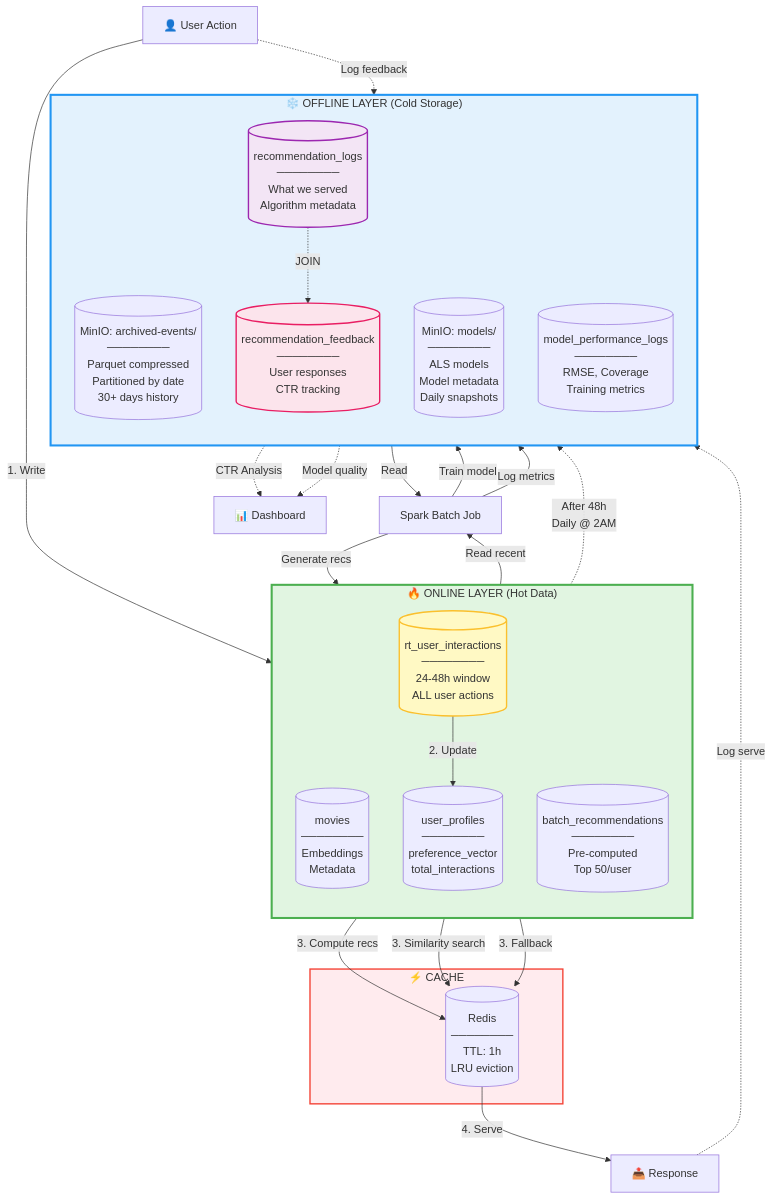
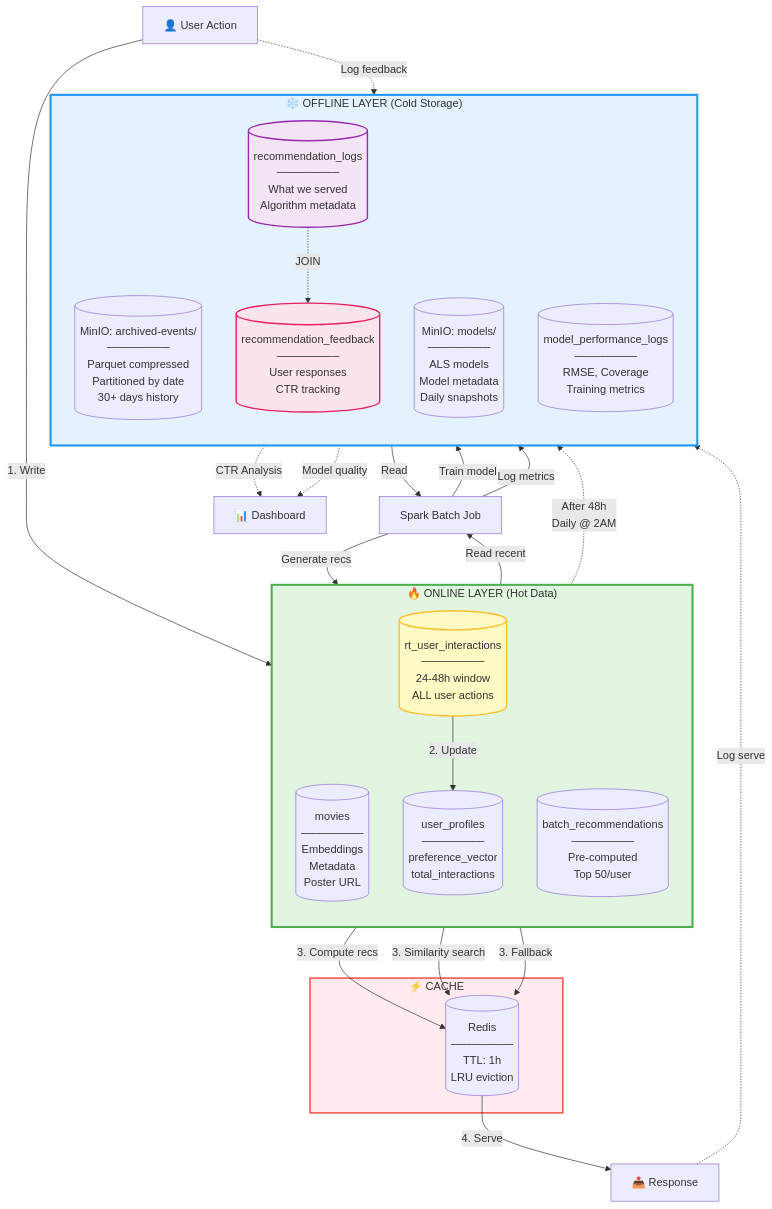
Before and after one commit to ngotrieulong/Realtime-Recommendation-system: the diagram in mermaid/6_table_interactions.md, drawn with Mermaid. The commit also changed 4 other files, not shown here.

Commit message:
docs: update all mermaid diagrams with new architecture

````diff
--- a/mermaid/6_table_interactions.md
+++ b/mermaid/6_table_interactions.md
@@ -1,72 +1,72 @@
 ```mermaid
 graph TB
     %% =============================================
     %% DETAILED TABLE INTERACTIONS
     %% =============================================
     
     subgraph OnlineHot["🔥 ONLINE LAYER (Hot Data)"]
         direction TB
         
-        Movies[(movies<br/>────────<br/>Embeddings<br/>Metadata)]
+        Movies[(movies<br/>────────<br/>Embeddings<br/>Metadata<br/>Poster URL)]
         
         UserProfiles[(user_profiles<br/>────────<br/>preference_vector<br/>total_interactions)]
         
         RTInteractions[(rt_user_interactions<br/>────────<br/>24-48h window<br/>ALL user actions)]
         
         BatchRecs[(batch_recommendations<br/>────────<br/>Pre-computed<br/>Top 50/user)]
     end
     
     subgraph OnlineCache["⚡ CACHE"]
         Redis[(Redis<br/>────────<br/>TTL: 1h<br/>LRU eviction)]
     end
     
     subgraph OfflineCold["❄️ OFFLINE LAYER (Cold Storage)"]
         direction TB
         
         MinIOEvents[(MinIO: archived-events/<br/>────────<br/>Parquet compressed<br/>Partitioned by date<br/>30+ days history)]
         
         MinIOModels[(MinIO: models/<br/>────────<br/>ALS models<br/>Model metadata<br/>Daily snapshots)]
         
         RecLogs[(recommendation_logs<br/>────────<br/>What we served<br/>Algorithm metadata)]
         
         RecFeedback[(recommendation_feedback<br/>────────<br/>User responses<br/>CTR tracking)]
         
         ModelPerf[(model_performance_logs<br/>────────<br/>RMSE, Coverage<br/>Training metrics)]
     end
     
     %% Online Operations
     UserAction[👤 User Action] -->|1. Write| RTInteractions
     RTInteractions -->|2. Update| UserProfiles
     UserProfiles -->|3. Compute recs| Redis
     Movies -->|3. Similarity search| Redis
     BatchRecs -->|3. Fallback| Redis
     Redis -->|4. Serve| UserResponse[📤 Response]
     
     %% Logging
     UserResponse -.->|Log serve| RecLogs
     UserAction -.->|Log feedback| RecFeedback
     
     %% Archival
     RTInteractions -.->|After 48h<br/>Daily @ 2AM| MinIOEvents
     
     %% Batch Processing
     MinIOEvents -->|Read| SparkBatch[Spark Batch Job]
     RTInteractions -->|Read recent| SparkBatch
     SparkBatch -->|Train model| MinIOModels
     SparkBatch -->|Generate recs| BatchRecs
     SparkBatch -->|Log metrics| ModelPerf
     
     %% Analytics
     RecLogs -.->|JOIN| RecFeedback
     RecFeedback -.->|CTR Analysis| Dashboard[📊 Dashboard]
     ModelPerf -.->|Model quality| Dashboard
     
     %% Styling
     style OnlineHot fill:#e1f5e1,stroke:#4caf50,stroke-width:3px
     style OnlineCache fill:#ffebee,stroke:#f44336,stroke-width:2px
     style OfflineCold fill:#e3f2fd,stroke:#2196f3,stroke-width:3px
     
     style RTInteractions fill:#fff9c4,stroke:#fbc02d,stroke-width:2px
     style RecLogs fill:#f3e5f5,stroke:#9c27b0,stroke-width:2px
     style RecFeedback fill:#fce4ec,stroke:#e91e63,stroke-width:2px
 ```
````
